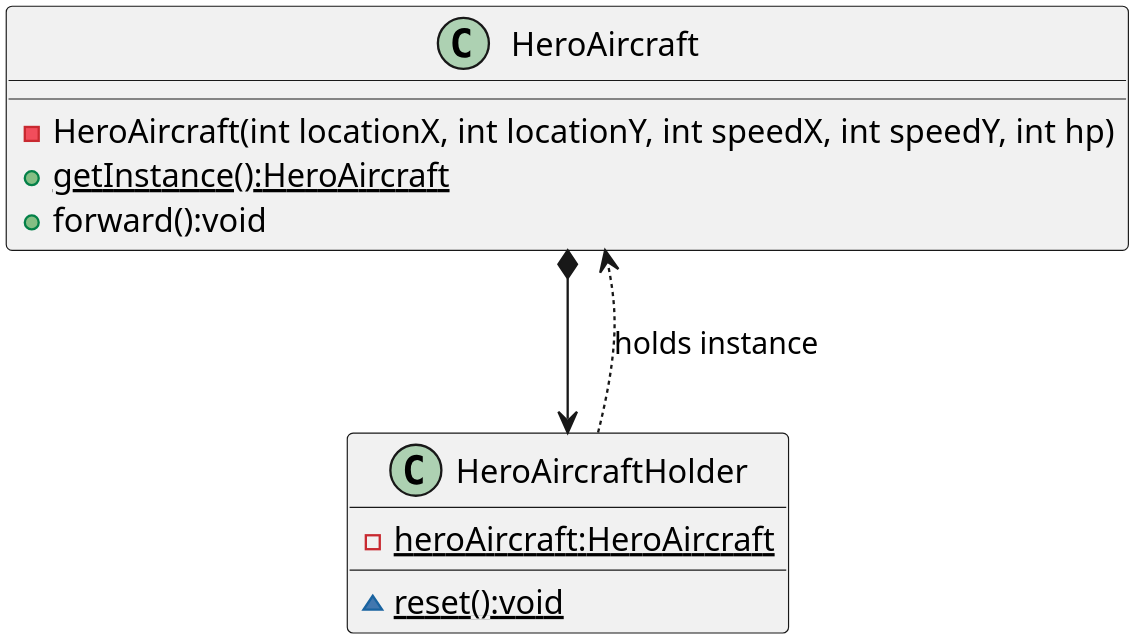
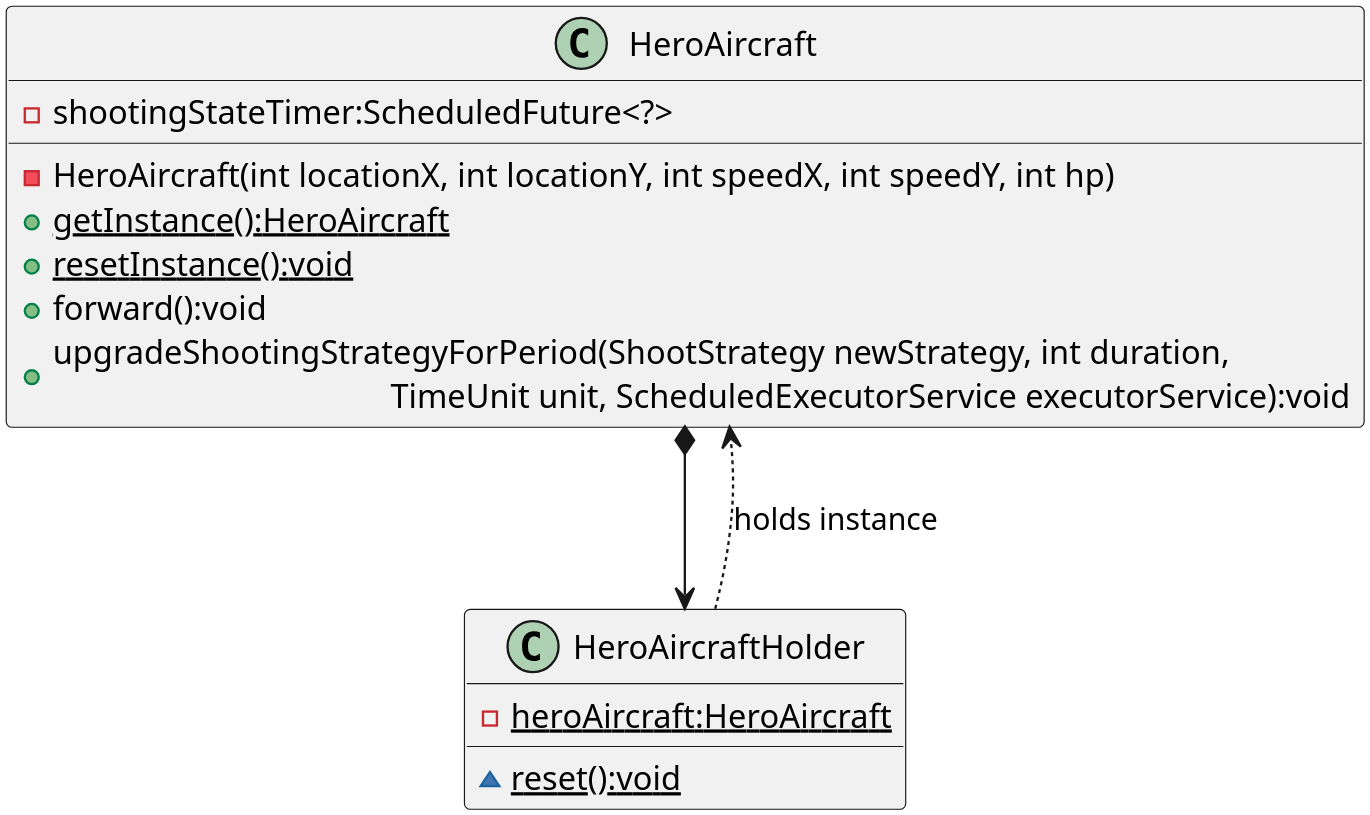
The diagram in uml/HeroAircraft.puml (SymmFz/OOP-AircraftWar-Practice), drawn with PlantUML before and after one commit.

```diff
--- a/uml/HeroAircraft.puml
+++ b/uml/HeroAircraft.puml
@@ -1,22 +1,26 @@
 @startuml
 'https://plantuml.com/class-diagram
 
 scale 4
 
 !pragma sveglimit 65536
 
 class HeroAircraft {
+    - shootingStateTimer:ScheduledFuture<?>
     - HeroAircraft(int locationX, int locationY, int speedX, int speedY, int hp)
     + {static} getInstance():HeroAircraft
+    + {static} resetInstance():void
     + forward():void
+    + upgradeShootingStrategyForPeriod(ShootStrategy newStrategy, int duration, \n\
+                                        TimeUnit unit, ScheduledExecutorService executorService):void
 }
 
 class HeroAircraftHolder {
     - {static} heroAircraft:HeroAircraft
     ~ {static} reset():void
 }
 
 HeroAircraft *--> HeroAircraftHolder
 HeroAircraftHolder .[norank].> HeroAircraft : holds instance
 
 @enduml
```
